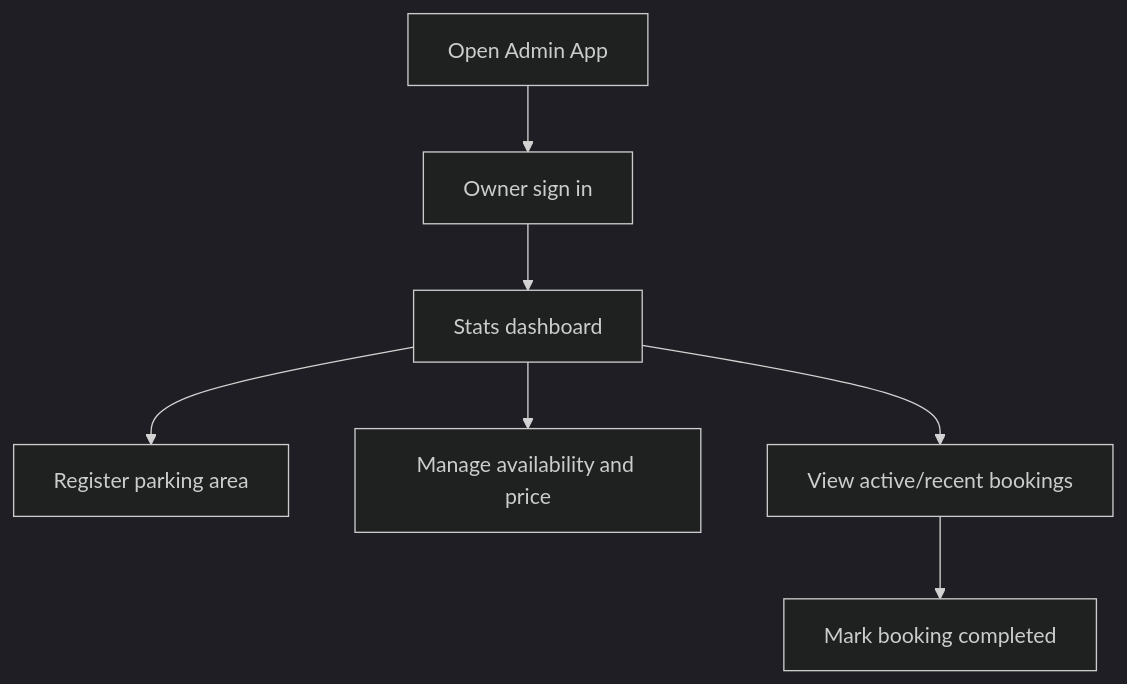
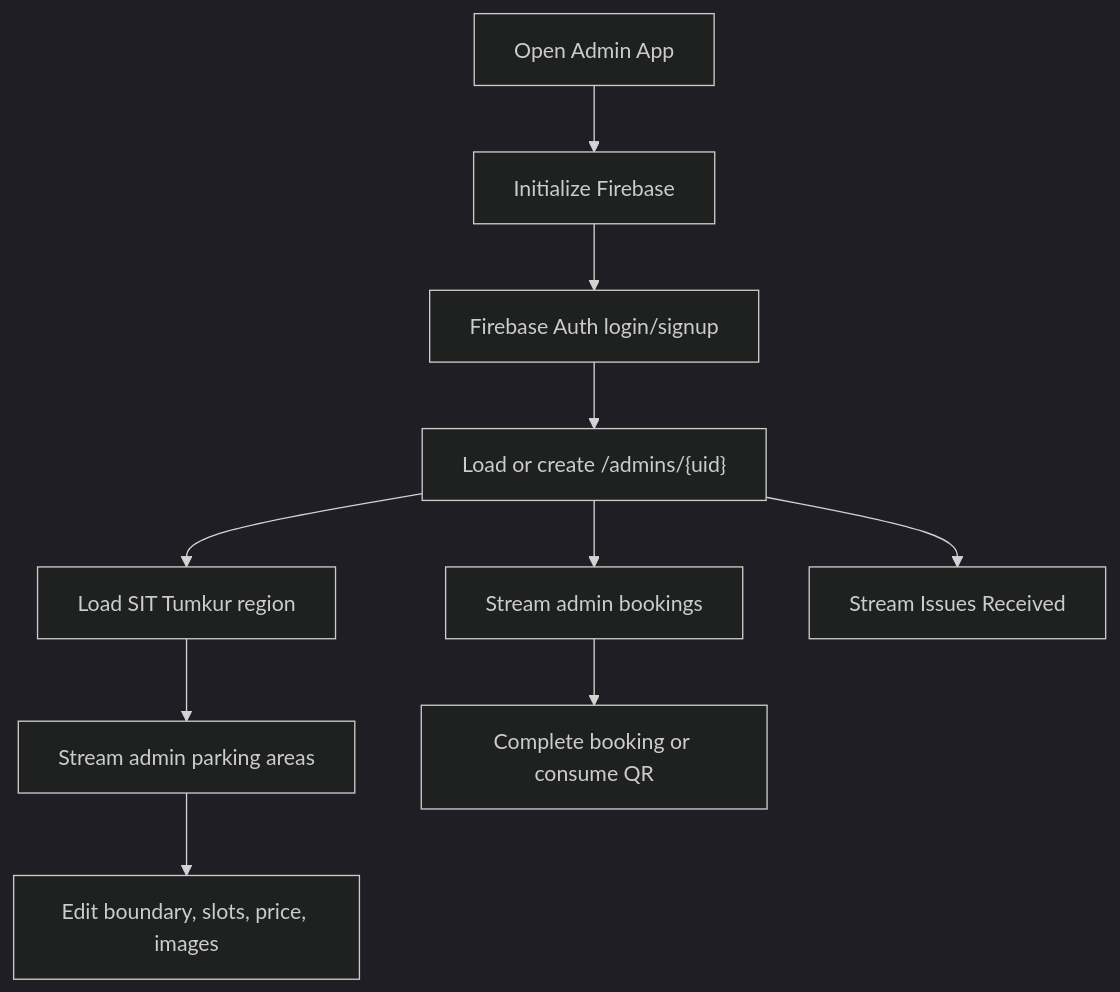
The third of 10 diagrams in docs/ARCHITECTURE.md (snehil-pandey/smart-parking-occupancy-system), drawn with Mermaid (dark theme) before and after one commit. The commit also changed other lines of this file and 5 other files, not shown here.

Commit message:
docs(firebase): update setup and runtime data flow

````diff
--- a/docs/ARCHITECTURE.md
+++ b/docs/ARCHITECTURE.md
@@ -35,9 +43,12 @@
 ```mermaid
 flowchart TD
-  Start["Open Admin App"] --> Auth["Owner sign in"]
-  Auth --> Dashboard["Stats dashboard"]
-  Dashboard --> Register["Register parking area"]
-  Dashboard --> Availability["Manage availability and price"]
-  Dashboard --> Bookings["View active/recent bookings"]
-  Bookings --> Complete["Mark booking completed"]
+  Start["Open Admin App"] --> Init["Initialize Firebase"]
+  Init --> Auth["Firebase Auth login/signup"]
+  Auth --> Profile["Load or create /admins/{uid}"]
+  Profile --> Region["Load SIT Tumkur region"]
+  Region --> Areas["Stream admin parking areas"]
+  Areas --> Editor["Edit boundary, slots, price, images"]
+  Profile --> Bookings["Stream admin bookings"]
+  Profile --> Issues["Stream Issues Received"]
+  Bookings --> Complete["Complete booking or consume QR"]
 ```
````
